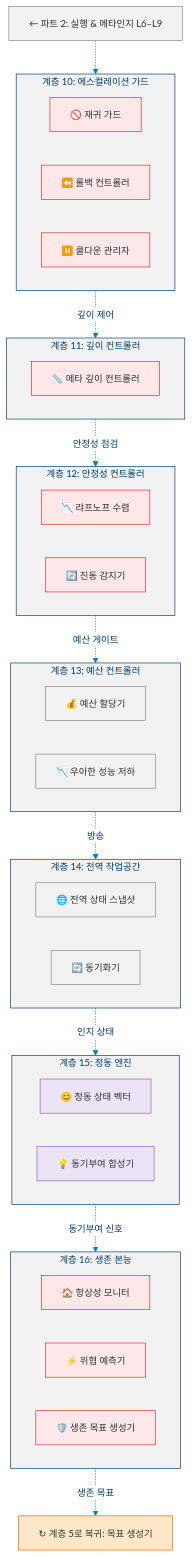
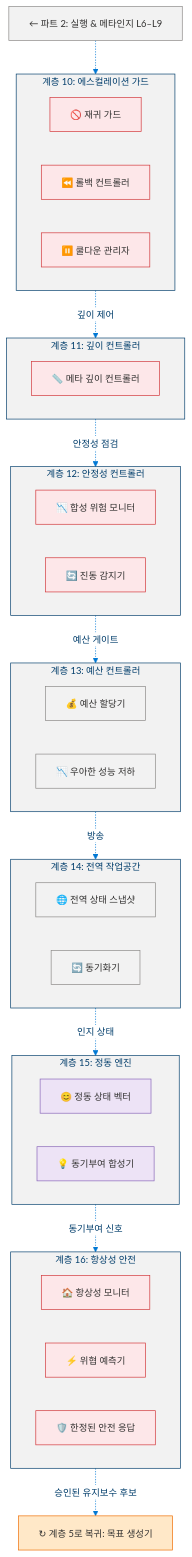
Before and after one commit to dotnetpower/mscp: the fourth of 19 diagrams in docs/levels/Level_3_Self_Regulating_Agent.ko.md, drawn with Mermaid. The commit also changed other lines of this file and 21 other files, not shown here.

````diff
--- a/docs/levels/Level_3_Self_Regulating_Agent.ko.md
+++ b/docs/levels/Level_3_Self_Regulating_Agent.ko.md
@@ -313,65 +355,65 @@
 ```mermaid
 %%{init: {'theme': 'base', 'themeVariables': {'primaryColor': '#0078D4', 'primaryTextColor': '#003D6B', 'primaryBorderColor': '#003D6B', 'secondaryColor': '#50E6FF', 'secondaryTextColor': '#323130', 'secondaryBorderColor': '#00BCF2', 'tertiaryColor': '#F2F2F2', 'tertiaryTextColor': '#323130', 'lineColor': '#0078D4', 'textColor': '#323130', 'mainBkg': '#DEECF9', 'nodeBorder': '#0078D4', 'clusterBkg': '#F2F2F2', 'clusterBorder': '#003D6B', 'titleColor': '#003D6B', 'edgeLabelBackground': '#FFFFFF', 'fontSize': '14px'}}}%%
 flowchart TD
   classDef safety fill:#FDE7E9,stroke:#D13438,color:#323130
   classDef infra fill:#F2F2F2,stroke:#8A8886,color:#323130
   classDef affect fill:#EDE3F6,stroke:#8764B8,color:#323130
   classDef goal fill:#FFE8C8,stroke:#EF6C00,color:#323130
   classDef neutral fill:#F2F2F2,stroke:#8A8886,color:#323130
 
   PREV["← 파트 2: 실행 & 메타인지 L6–L9"]:::neutral
 
   subgraph L10["계층 10: 에스컬레이션 가드"]
     direction LR
     RG10["🚫 재귀 가드"]:::safety
     RC10["⏪ 롤백 컨트롤러"]:::safety
     CDM10["⏸️ 쿨다운 관리자"]:::safety
   end
 
   subgraph L11["계층 11: 깊이 컨트롤러"]
     direction LR
     MDC11["📏 메타 깊이 컨트롤러"]:::safety
   end
 
   subgraph L12["계층 12: 안정성 컨트롤러"]
     direction LR
-    LYA12["📉 랴프노프 수렴"]:::safety
+    LYA12["📉 합성 위험 모니터"]:::safety
     OD12["🔄 진동 감지기"]:::safety
   end
 
   subgraph L13["계층 13: 예산 컨트롤러"]
     direction LR
     BA13["💰 예산 할당기"]:::infra
     GDG13["📉 우아한 성능 저하"]:::infra
   end
 
   subgraph L14["계층 14: 전역 작업공간"]
     direction LR
     GSS14["🌐 전역 상태 스냅샷"]:::infra
     SYN14["🔄 동기화기"]:::infra
   end
 
   subgraph L15["계층 15: 정동 엔진"]
     direction LR
     ASV15["😊 정동 상태 벡터"]:::affect
     MS15["💡 동기부여 합성기"]:::affect
   end
 
-  subgraph L16["계층 16: 생존 본능"]
+  subgraph L16["계층 16: 항상성 안전"]
     direction LR
     HM16["🏠 항상성 모니터"]:::safety
     TP16["⚡ 위협 예측기"]:::safety
-    SGG16["🛡️ 생존 목표 생성기"]:::safety
+    SGG16["🛡️ 한정된 안전 응답"]:::safety
   end
 
   GOAL_GEN["↻ 계층 5로 복귀: 목표 생성기"]:::goal
 
   PREV -.-> L10
   L10 -.->|깊이 제어| L11
   L11 -.->|안정성 점검| L12
   L12 -.->|예산 게이트| L13
   L13 -.->|방송| L14
   L14 -.->|인지 상태| L15
   L15 -.->|동기부여 신호| L16
-  L16 -.->|생존 목표| GOAL_GEN
+  L16 -.->|승인된 유지보수 후보| GOAL_GEN
 ```
````
